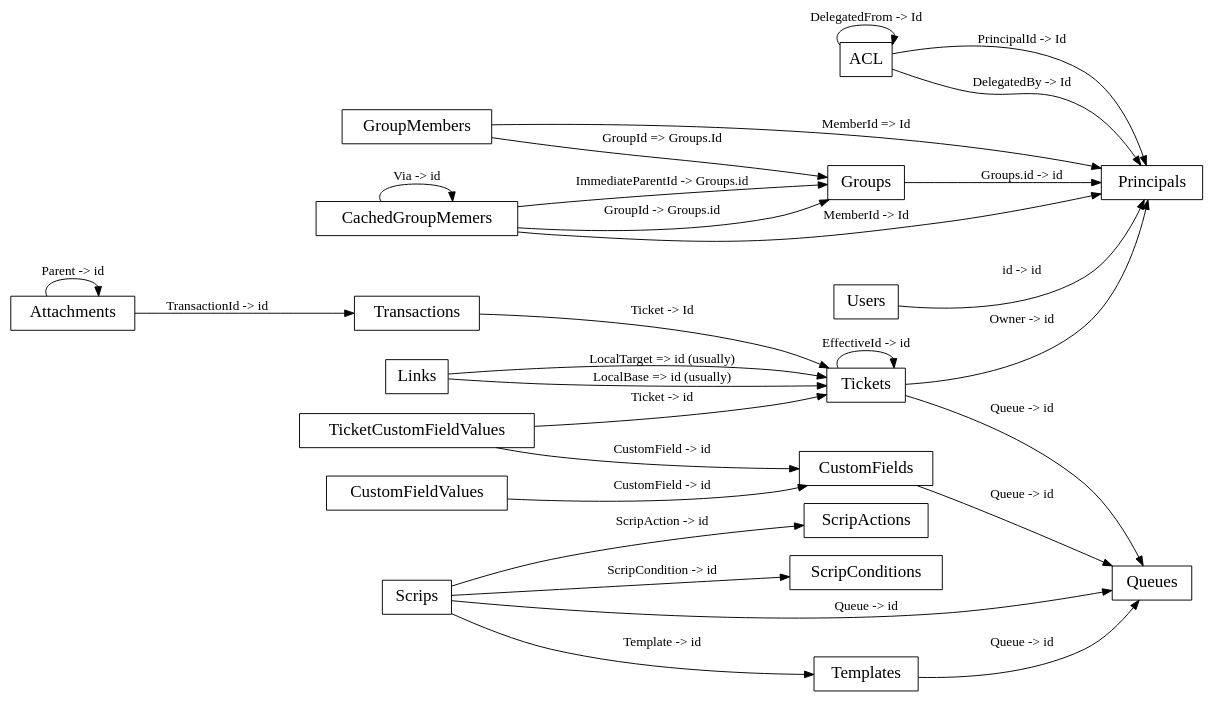
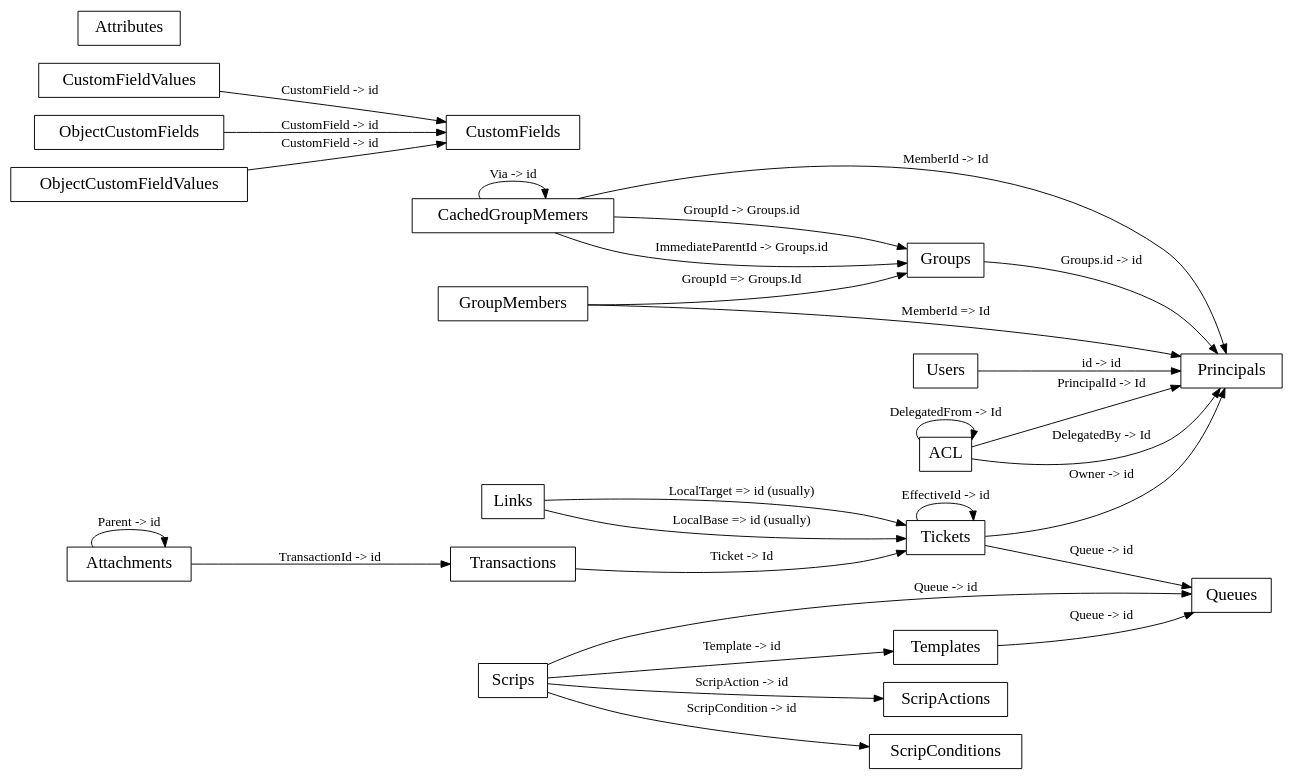
One commit to bestpractical/rt changed the diagram in docs/rt3-schema-relationships.dot. Above: the diagram before and after it, drawn with Graphviz.

Commit message:
RT-Ticket: 6269 RT-Status: resolved RT-Update: correspond
RT3 schema diagram updated. (Todd Chapman)

```diff
--- a/docs/rt3-schema-relationships.dot
+++ b/docs/rt3-schema-relationships.dot
@@ -1,81 +1,83 @@
 digraph g {
 graph [
 rankdir = "LR",
 concentrate = true,
 ratio = auto
 ];
 node [
 fontsize = "18",
 shape = record, fontsize = 18
 ];
 edge [
 ];
 
 "ACL" [shape = record, fontsize = 18, label = "<col0> \N " ];
 "ACL" -> "Principals" [label="PrincipalId -> Id"];
 "ACL" -> "Principals" [label="DelegatedBy -> Id"];
 "ACL" -> "ACL" [label="DelegatedFrom -> Id"];
 
 "Attachments" [shape = record, fontsize = 18, label = "<col0> \N " ];
 "Attachments" -> "Transactions" [label="TransactionId -> id"];
 "Attachments" -> "Attachments" [label="Parent -> id"];
 
 "CachedGroupMemers" [shape = record, fontsize = 18, label = "<col0> \N " ];
 "CachedGroupMemers" -> "Groups" [label="GroupId -> Groups.id"];
 "CachedGroupMemers" -> "Principals" [label="MemberId -> Id"];
 "CachedGroupMemers" -> "CachedGroupMemers" [label="Via -> id"];
 "CachedGroupMemers" -> "Groups" [label="ImmediateParentId -> Groups.id"];
 
 "CustomFields" [shape = record, fontsize = 18, label = "<col0> \N " ];
-"CustomFields" -> "Queues" [label="Queue -> id"];
 
 "CustomFieldValues" [shape = record, fontsize = 18, label = "<col0> \N " ];
 "CustomFieldValues" -> "CustomFields" [label="CustomField -> id"];
 
 "GroupMembers" [shape = record, fontsize = 18, label = "<col0> \N " ];
 "GroupMembers" -> "Groups" [label="GroupId => Groups.Id"];
 "GroupMembers" -> "Principals" [label="MemberId => Id"];
 
 "Groups" [shape = record, fontsize = 18, label = "<col0> \N " ];
 "Groups" -> "Principals" [label="Groups.id -> id"];
 
 "Links" [shape = record, fontsize = 18, label = "<col0> \N " ];
 "Links" -> "Tickets" [label="LocalBase => id (usually)"];
 "Links" -> "Tickets" [label="LocalTarget => id (usually)"];
 
 "Principals" [shape = record, fontsize = 18, label = "<col0> \N " ];
 
+"Attributes" [shape = record, fontsize = 18, label = "<col0> \N " ];
 
 "Queues" [shape = record, fontsize = 18, label = "<col0> \N " ];
 
 "ScripActions" [shape = record, fontsize = 18, label = "<col0> \N " ];
 
 "ScripConditions" [shape = record, fontsize = 18, label = "<col0> \N " ];
 
 "Scrips" [shape = record, fontsize = 18, label = "<col0> \N " ];
 "Scrips" -> "ScripConditions" [label="ScripCondition -> id"];
 "Scrips" -> "ScripActions" [label="ScripAction -> id"];
 "Scrips" -> "Templates" [label="Template -> id"];
 "Scrips" -> "Queues" [label="Queue -> id"];
 
 "Templates" [shape = record, fontsize = 18, label = "<col0> \N " ];
 "Templates" -> "Queues" [label ="Queue -> id" ];
 
-"TicketCustomFieldValues" [shape = record, fontsize = 18, label = "<col0> \N " ];
-"TicketCustomFieldValues" -> "Tickets" [label="Ticket -> id"];
-"TicketCustomFieldValues" -> "CustomFields" [label="CustomField -> id"];
+"ObjectCustomFields" [shape = record, fontsize = 18, label = "<col0> \N " ];
+"ObjectCustomFields" -> "CustomFields" [label="CustomField -> id"];
+
+"ObjectCustomFieldValues" [shape = record, fontsize = 18, label = "<col0> \N " ];
+"ObjectCustomFieldValues" -> "CustomFields" [label="CustomField -> id"];
 
 "Tickets" [shape = record, fontsize = 18, label = "<col0> \N " ];
 "Tickets" -> "Tickets" [label="EffectiveId -> id"];
 "Tickets" -> "Queues" [label="Queue -> id"];
 "Tickets" -> "Principals" [label="Owner -> id"];
 
 "Transactions" [shape = record, fontsize = 18, label = "<col0> \N " ];
 "Transactions" -> "Tickets" [label="Ticket -> Id"];
 
 "Users" [shape = record, fontsize = 18, label = "<col0> \N " ];
 
 "Users" -> "Principals" [label="id -> id"];
 
 
 }
```
